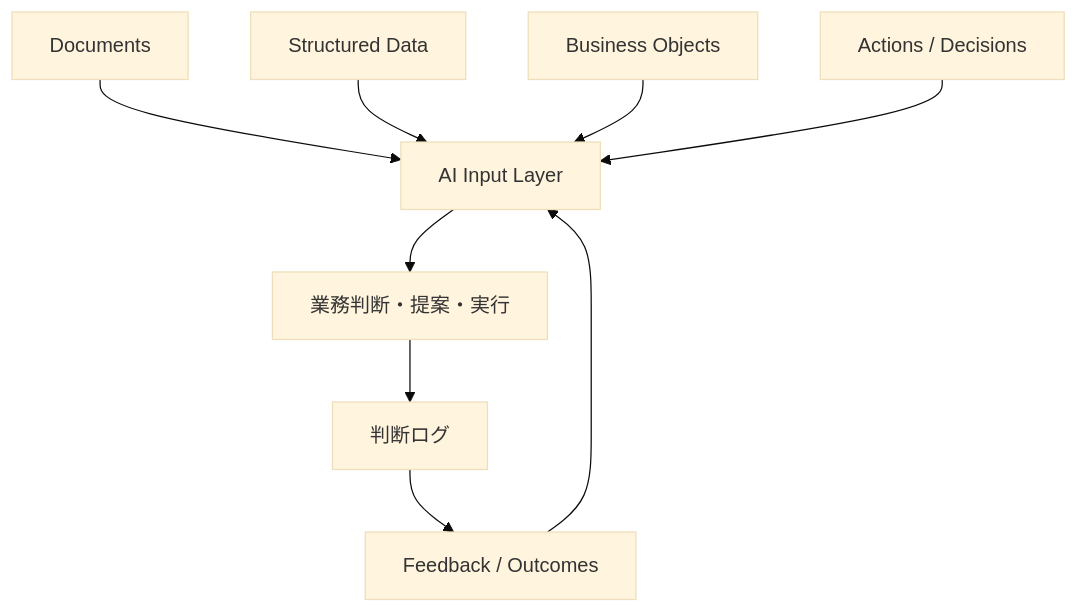
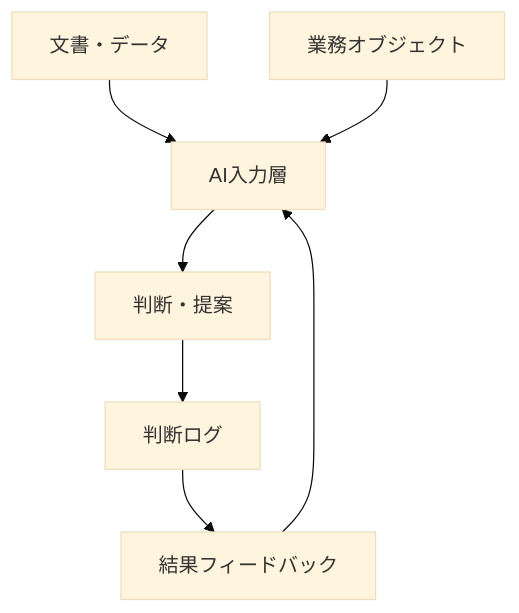
One commit to daylight55/research changed the fifth of 13 diagrams in src/content/blog/ai-llm-ontology-memory.mdx. Above: the diagram before and after it, drawn with Mermaid (base theme). The commit also changed other lines of this file and 20 other files, not shown here.

Commit message:
Mermaid図の表示サイズを調整

````diff
--- a/src/content/blog/ai-llm-ontology-memory.mdx
+++ b/src/content/blog/ai-llm-ontology-memory.mdx
@@ -198,11 +187,9 @@
 ```mermaid
 flowchart TD
-  D1["Documents"] --> AI["AI Input Layer"]
-  D2["Structured Data"] --> AI
-  D3["Business Objects"] --> AI
-  D4["Actions / Decisions"] --> AI
-  D5["Feedback / Outcomes"] --> AI
-  AI --> Work["業務判断・提案・実行"]
-  Work --> Log["判断ログ"]
-  Log --> D5
+  D["文書・データ"] --> AI["AI入力層"]
+  BO["業務オブジェクト"] --> AI
+  AI --> W["判断・提案"]
+  W --> L["判断ログ"]
+  L --> F["結果フィードバック"]
+  F --> AI
 ```
````
